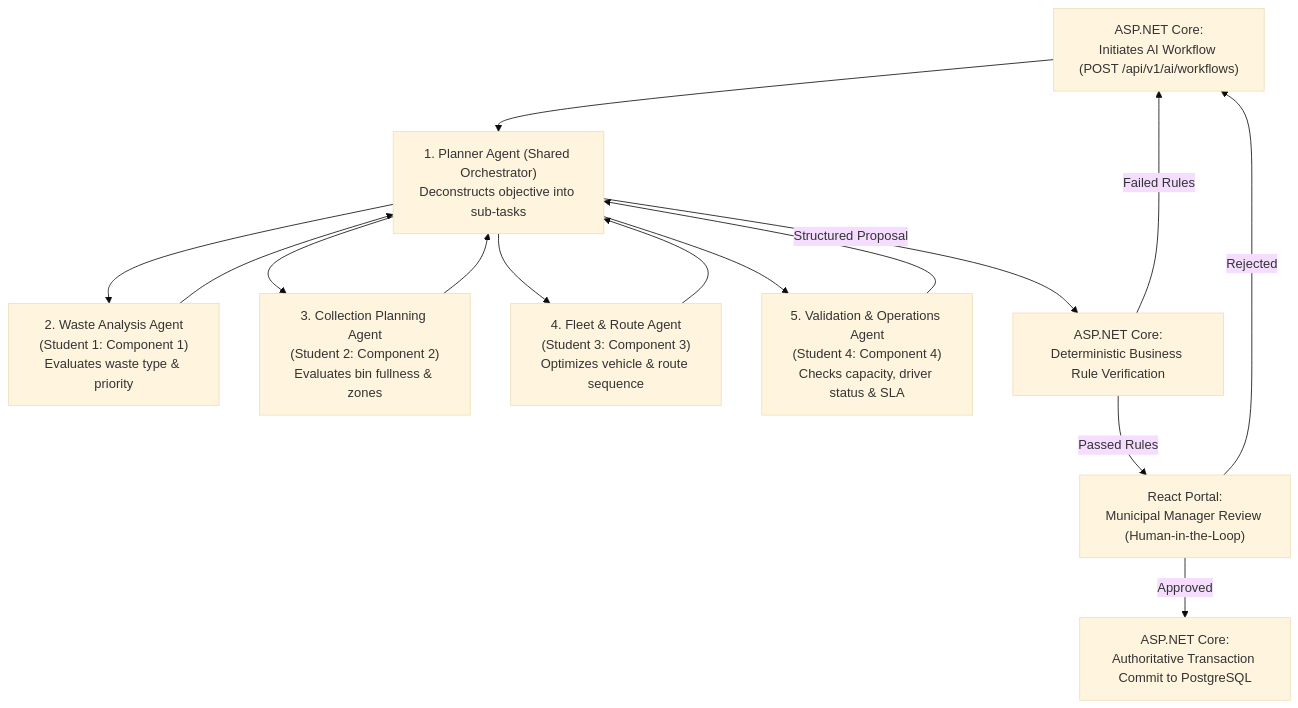
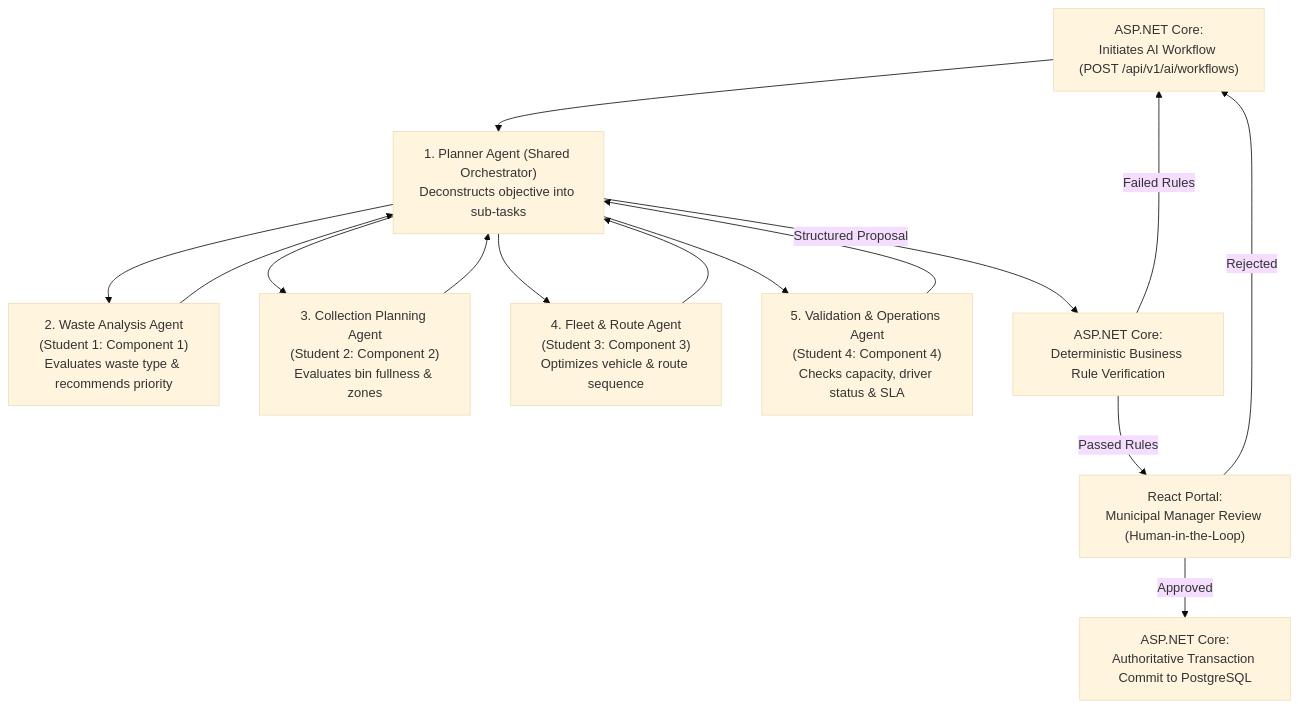
Before and after one commit to Ann-Sanchala-Kavindi/BinIt: the second of 3 diagrams in docs/architecture.md, drawn with Mermaid (base theme). The commit also changed other lines of this file and 33 other files, not shown here.

````diff
--- a/docs/architecture.md
+++ b/docs/architecture.md
@@ -247,31 +255,31 @@
 ```mermaid
 flowchart TD
     Initiate["ASP.NET Core:\nInitiates AI Workflow (POST /api/v1/ai/workflows)"]
     Planner["1. Planner Agent (Shared Orchestrator)\nDeconstructs objective into sub-tasks"]
     
-    WasteAgent["2. Waste Analysis Agent\n(Student 1: Component 1)\nEvaluates waste type & priority"]
+    WasteAgent["2. Waste Analysis Agent\n(Student 1: Component 1)\nEvaluates waste type & recommends priority"]
     CollectionAgent["3. Collection Planning Agent\n(Student 2: Component 2)\nEvaluates bin fullness & zones"]
     FleetAgent["4. Fleet & Route Agent\n(Student 3: Component 3)\nOptimizes vehicle & route sequence"]
     ValidationAgent["5. Validation & Operations Agent\n(Student 4: Component 4)\nChecks capacity, driver status & SLA"]
 
     Deterministic["ASP.NET Core:\nDeterministic Business Rule Verification"]
     ManagerReview["React Portal:\nMunicipal Manager Review (Human-in-the-Loop)"]
     Commit["ASP.NET Core:\nAuthoritative Transaction Commit to PostgreSQL"]
 
     Initiate --> Planner
     Planner --> WasteAgent
     Planner --> CollectionAgent
     Planner --> FleetAgent
     Planner --> ValidationAgent
 
     WasteAgent --> Planner
     CollectionAgent --> Planner
     FleetAgent --> Planner
     ValidationAgent --> Planner
 
     Planner -->|Structured Proposal| Deterministic
     Deterministic -->|Passed Rules| ManagerReview
     Deterministic -->|Failed Rules| Initiate
     ManagerReview -->|Approved| Commit
     ManagerReview -->|Rejected| Initiate
 ```
````
